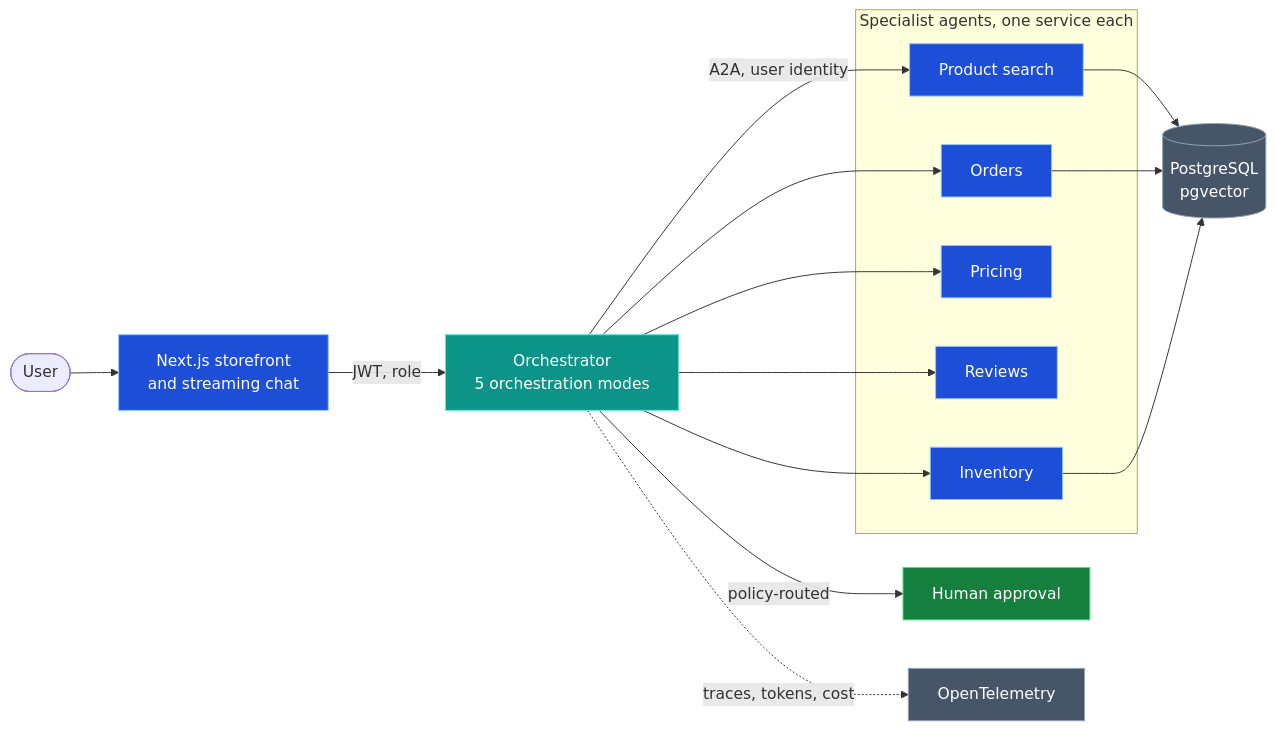
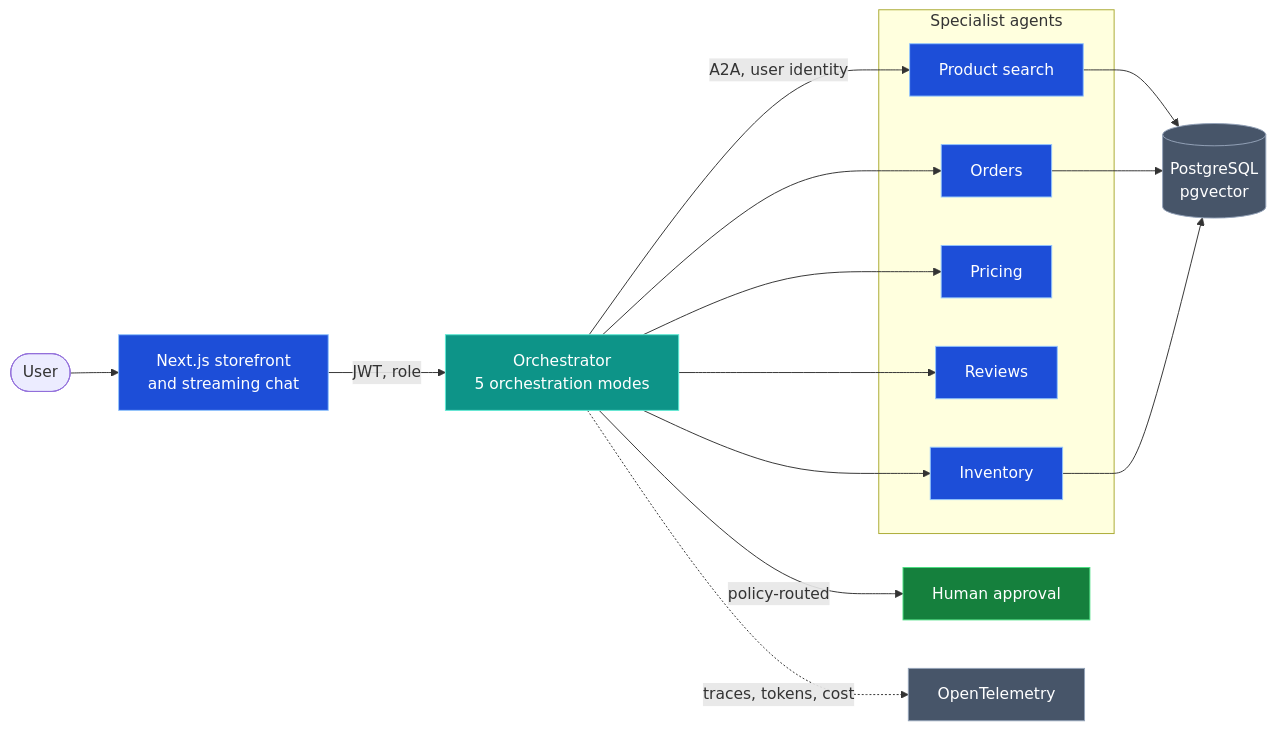
Before and after one commit to nitin27may/nitin27may: the diagram in README.md, drawn with Mermaid. The commit also changed other lines of this file and 1 other file, not shown here.

````diff
--- a/README.md
+++ b/README.md
@@ -27,30 +17,30 @@
 ```mermaid
 flowchart LR
     classDef core fill:#1d4ed8,stroke:#93c5fd,color:#fff
     classDef gw fill:#0d9488,stroke:#5eead4,color:#fff
     classDef infra fill:#475569,stroke:#94a3b8,color:#fff
     classDef ok fill:#15803d,stroke:#4ade80,color:#fff
 
     User(["User"]) --> Web["Next.js storefront<br/>and streaming chat"]:::core
     Web -->|JWT, role| Orch["Orchestrator<br/>5 orchestration modes"]:::gw
 
-    subgraph Agents["Specialist agents, one service each"]
+    subgraph Agents["Specialist agents"]
         Search["Product search"]:::core
         Orders["Orders"]:::core
         Pricing["Pricing"]:::core
         Reviews["Reviews"]:::core
         Inventory["Inventory"]:::core
     end
 
     Orch -->|A2A, user identity| Search
     Orch --> Orders
     Orch --> Pricing
     Orch --> Reviews
     Orch --> Inventory
 
     Orch -->|policy-routed| Approval["Human approval"]:::ok
     Search --> DB[("PostgreSQL<br/>pgvector")]:::infra
     Orders --> DB
     Inventory --> DB
     Orch -.->|traces, tokens, cost| OTel["OpenTelemetry"]:::infra
 ```
````
